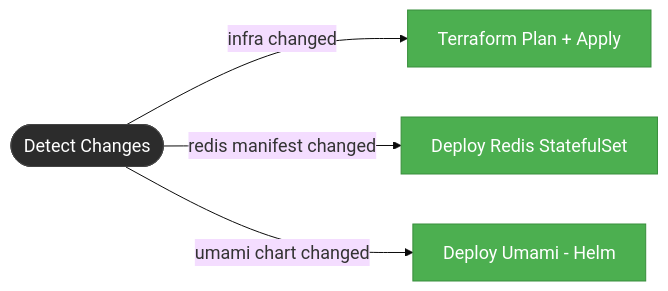
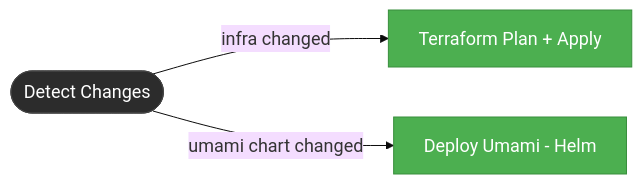
Before and after one commit to declanshanaghy/fenrir-ledger: the fifth of 6 diagrams in development/docs/github-workflows.md, drawn with Mermaid. The commit also changed other lines of this file and 11 other files, not shown here.

````diff
--- a/development/docs/github-workflows.md
+++ b/development/docs/github-workflows.md
@@ -153,13 +149,12 @@
 ```mermaid
 %%{init: {'theme': 'base', 'themeVariables': {'fontSize': '18px'}}}%%
 graph LR
     classDef healthy fill:#4CAF50,stroke:#388E3C,color:#FFF
     classDef background fill:#2C2C2C,stroke:#444,color:#FFF
 
     detect([Detect Changes]) -->|"infra changed"| terraform[Terraform Plan + Apply]
-    detect -->|"redis manifest changed"| redis[Deploy Redis StatefulSet]
     detect -->|"umami chart changed"| umami[Deploy Umami - Helm]
 
     class detect background
-    class terraform,redis,umami healthy
+    class terraform,umami healthy
 ```
````
